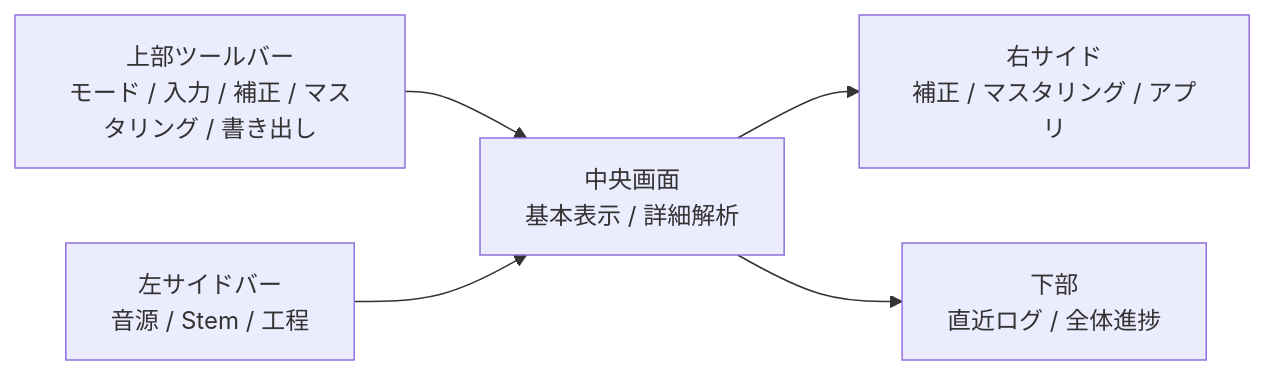
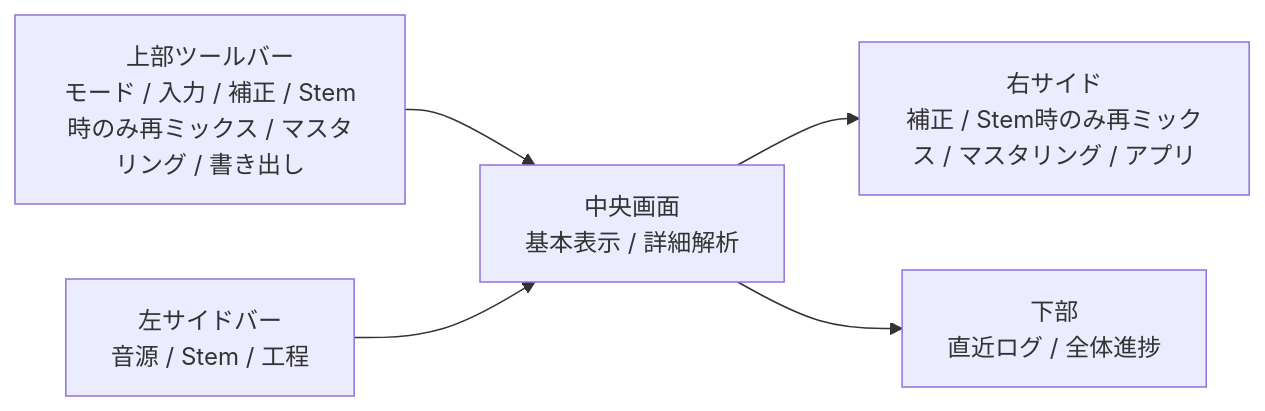
The first of 5 diagrams in README.md (hajimeno-ipoo/Veloura-Lucent), drawn with Mermaid before and after one commit. The commit also changed other lines of this file and 94 other files, not shown here.

````diff
--- a/README.md
+++ b/README.md
@@ -42,13 +44,13 @@
 ```mermaid
 flowchart LR
-    Toolbar["上部ツールバー<br/>モード / 入力 / 補正 / マスタリング / 書き出し"]
+    Toolbar["上部ツールバー<br/>モード / 入力 / 補正 / Stem時のみ再ミックス / マスタリング / 書き出し"]
     Sidebar["左サイドバー<br/>音源 / Stem / 工程"]
     Workspace["中央画面<br/>基本表示 / 詳細解析"]
-    Inspector["右サイド<br/>補正 / マスタリング / アプリ"]
+    Inspector["右サイド<br/>補正 / Stem時のみ再ミックス / マスタリング / アプリ"]
     Footer["下部<br/>直近ログ / 全体進捗"]
 
     Toolbar --> Workspace
     Sidebar --> Workspace
     Workspace --> Inspector
     Workspace --> Footer
 ```
````
